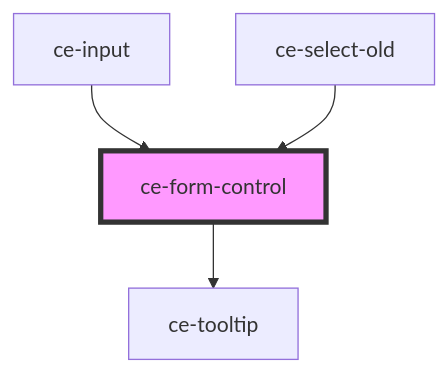
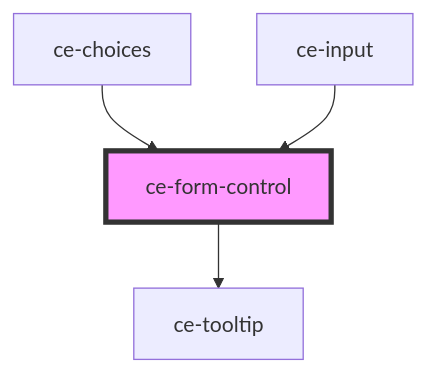
Before and after one commit to surecart/surecart-wp-plugin: the diagram in packages/components/src/components/ui/form-control/readme.md, drawn with Mermaid. The commit also changed other lines of this file and 150 other files, not shown here.

````diff
--- a/packages/components/src/components/ui/form-control/readme.md
+++ b/packages/components/src/components/ui/form-control/readme.md
@@ -42,7 +42,7 @@
 ```mermaid
 graph TD;
   ce-form-control --> ce-tooltip
+  ce-choices --> ce-form-control
   ce-input --> ce-form-control
-  ce-select-old --> ce-form-control
   style ce-form-control fill:#f9f,stroke:#333,stroke-width:4px
 ```
````
